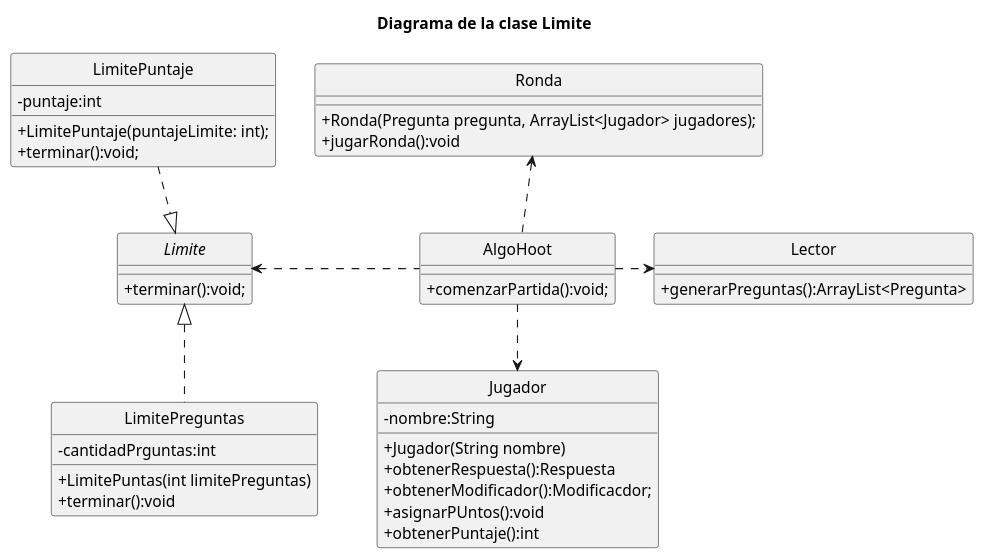
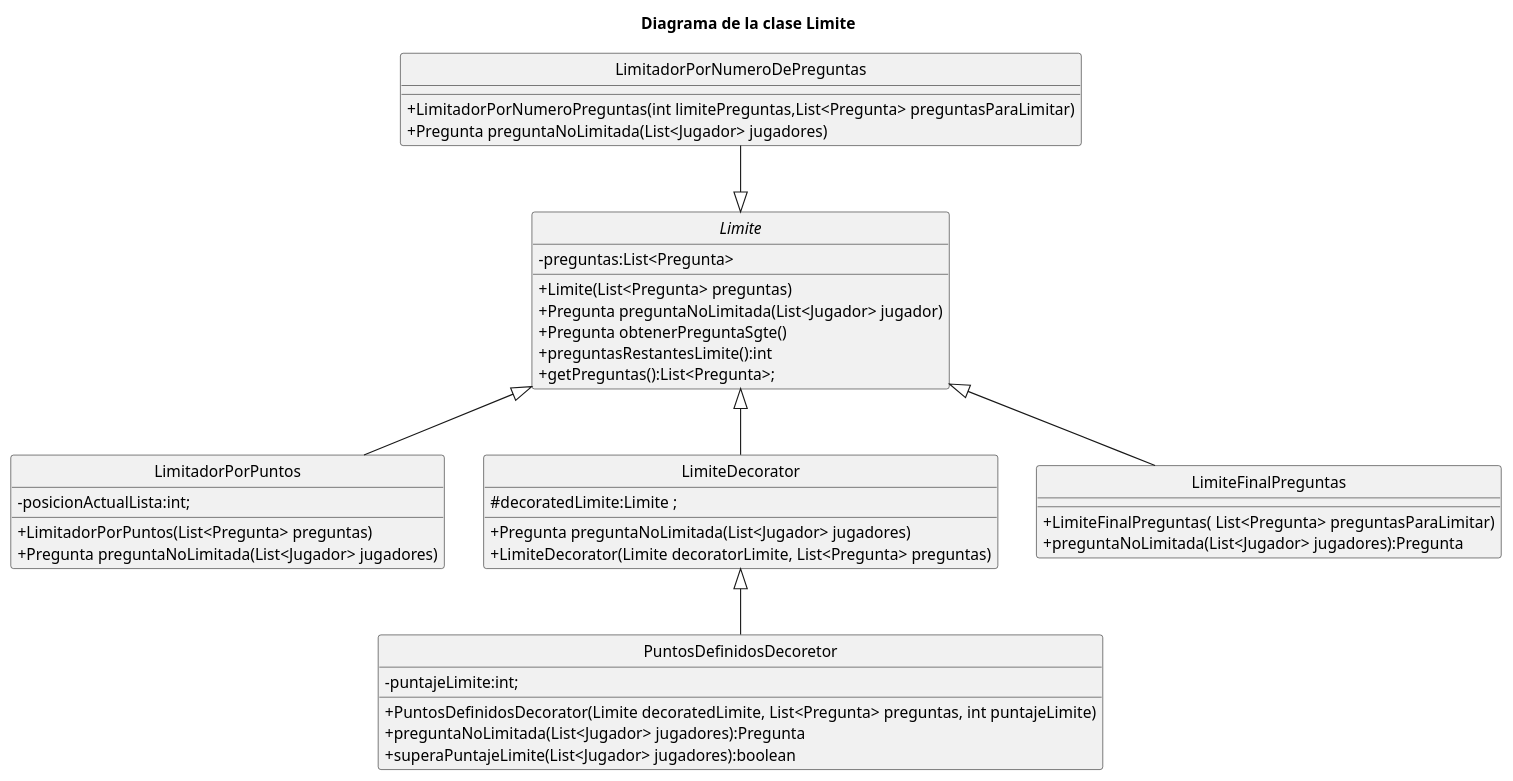
One commit to gimnasialp/algo3_proyecto_base_tp2 changed the diagram in diagrams/classes/entrega2/diagramaDeClasesLimite.puml. Above: the diagram before and after it, drawn with PlantUML. The commit also changed 1 other file, not shown here.

Commit message:
subo el diagrama de limite

```diff
--- a/diagrams/classes/entrega2/diagramaDeClasesLimite.puml
+++ b/diagrams/classes/entrega2/diagramaDeClasesLimite.puml
@@ -1,46 +1,48 @@
 @startuml
 'https://plantuml.com/class-diagram
 
 title Diagrama de la clase Limite
 skinparam monochrome true
 hide circle
 skinparam classAttributeIconSize 0
-class AlgoHoot{
-    +comenzarPartida():void;
+
+abstract class Limite{
+    -preguntas:List<Pregunta>
+    +Limite(List<Pregunta> preguntas)
+    +Pregunta preguntaNoLimitada(List<Jugador> jugador)
+    +Pregunta obtenerPreguntaSgte()
+    +preguntasRestantesLimite():int
+    +getPreguntas():List<Pregunta>;
 }
-interface Limite{
-    +terminar():void;
+class LimitadorPorNumeroDePreguntas{
+    +LimitadorPorNumeroPreguntas(int limitePreguntas,List<Pregunta> preguntasParaLimitar)
+    +Pregunta preguntaNoLimitada(List<Jugador> jugadores)
 }
-class LimitePuntaje{
-    -puntaje:int
-    +LimitePuntaje(puntajeLimite: int);
-    +terminar():void;
+class LimitadorPorPuntos{
+    -posicionActualLista:int;
+    +LimitadorPorPuntos(List<Pregunta> preguntas)
+    +Pregunta preguntaNoLimitada(List<Jugador> jugadores)
 }
-class LimitePreguntas{
-    -cantidadPrguntas:int
-    +LimitePuntas(int limitePreguntas)
-    +terminar():void
+class LimiteDecorator{
+    #decoratedLimite:Limite ;
+    +Pregunta preguntaNoLimitada(List<Jugador> jugadores)
+    +LimiteDecorator(Limite decoratorLimite, List<Pregunta> preguntas)
 }
-class Lector{
-    +generarPreguntas():ArrayList<Pregunta>
+class LimiteFinalPreguntas{
+    +LimiteFinalPreguntas( List<Pregunta> preguntasParaLimitar)
+    +preguntaNoLimitada(List<Jugador> jugadores):Pregunta
 }
-class Jugador{
-    -nombre:String
-    +Jugador(String nombre)
-    +obtenerRespuesta():Respuesta
-    +obtenerModificador():Modificacdor;
-    +asignarPUntos():void
-    +obtenerPuntaje():int
+class PuntosDefinidosDecoretor{
+    -puntajeLimite:int;
+    +PuntosDefinidosDecorator(Limite decoratedLimite, List<Pregunta> preguntas, int puntajeLimite)
+    +preguntaNoLimitada(List<Jugador> jugadores):Pregunta
+    +superaPuntajeLimite(List<Jugador> jugadores):boolean
+}
+Limite <|-up- LimitadorPorNumeroDePreguntas
+Limite <|-- LimitadorPorPuntos
+Limite <|-- LimiteDecorator
+Limite <|-- LimiteFinalPreguntas
+LimiteDecorator <|-- PuntosDefinidosDecoretor
 
-}
-class Ronda{
-    +Ronda(Pregunta pregunta, ArrayList<Jugador> jugadores);
-    +jugarRonda():void
-}
-Limite <|.up. LimitePuntaje
-Limite <|.. LimitePreguntas
-AlgoHoot .left.> Limite
-AlgoHoot ..> Jugador
-AlgoHoot .right.> Lector
-AlgoHoot .up.> Ronda
+
 @enduml
```
